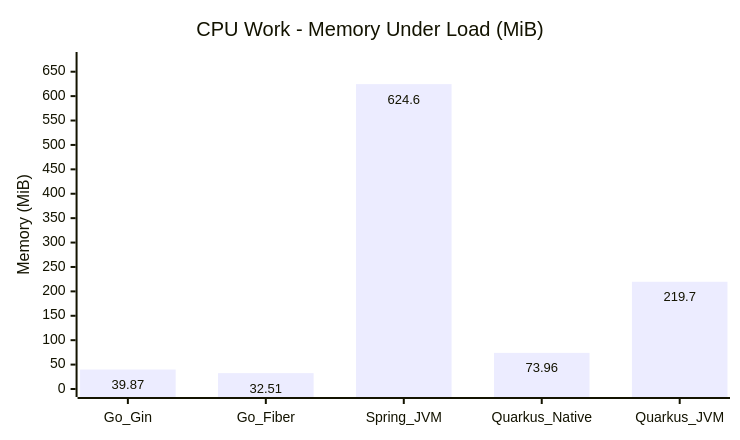
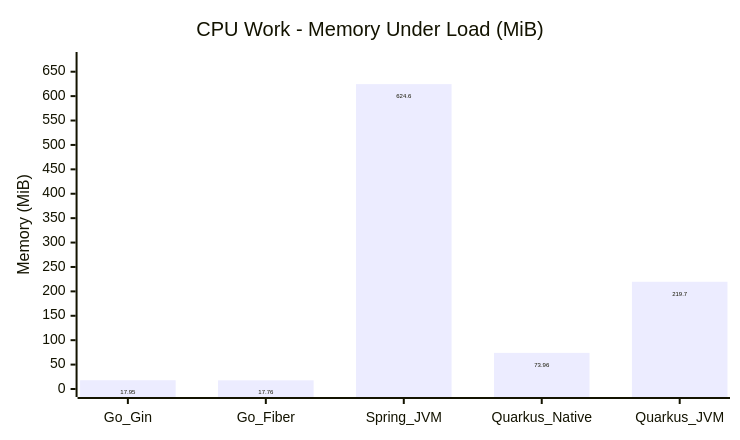
One commit to hiiamtin/go-vs-java changed diagram 12 of 15 in COMPARISON_REPORT.md. Above: the diagram before and after it, drawn with Mermaid. The commit also changed other lines of this file and 58 other files, not shown here.

````diff
--- a/COMPARISON_REPORT.md
+++ b/COMPARISON_REPORT.md
@@ -217,14 +217,14 @@
 ```mermaid
 ---
 config:
   xyChart:
     width: 720
     height: 420
     showDataLabel: true
 ---
 xychart
     title "CPU Work - Memory Under Load (MiB)"
     x-axis [Go_Gin, Go_Fiber, Spring_JVM, Quarkus_Native, Quarkus_JVM]
     y-axis "Memory (MiB)" 0 --> 674
-    bar [39.87, 32.51, 624.6, 73.96, 219.7]
+    bar [17.95, 17.76, 624.6, 73.96, 219.7]
 ```
````
